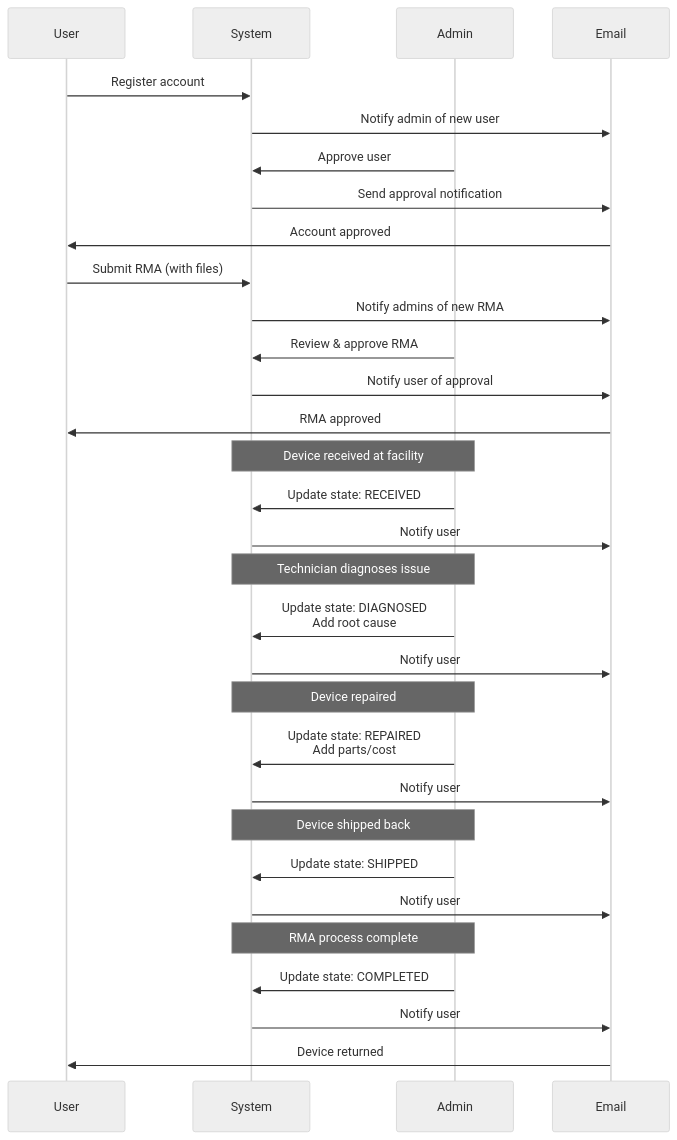
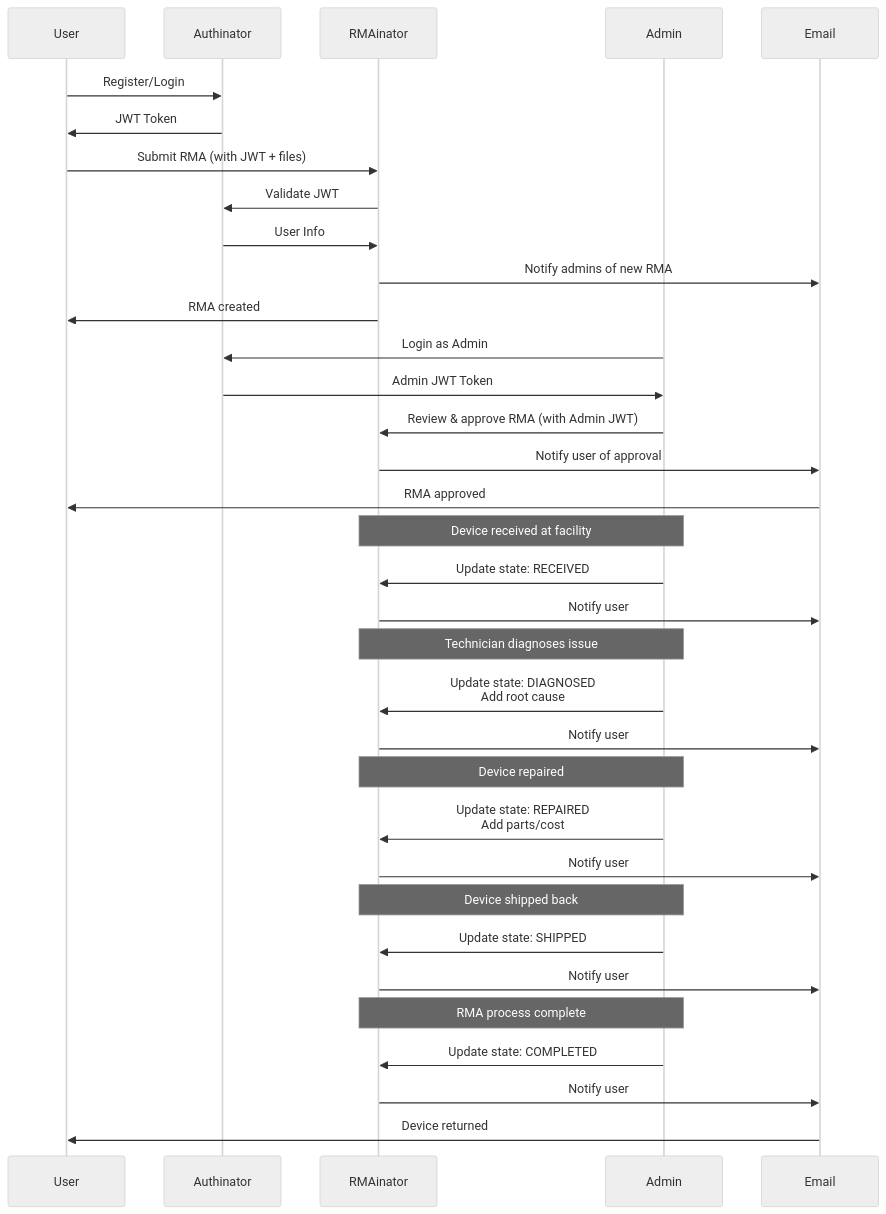
Before and after one commit to losomode/RMAinator: the second of 3 diagrams in README.md, drawn with Mermaid (neutral theme). The commit also changed other lines of this file and 1 other file, not shown here.

First line of the commit message:
Rewrite README and CHANGELOG for microservices architecture

````diff
--- a/README.md
+++ b/README.md
@@ -121,40 +123,44 @@
 ```mermaid
 sequenceDiagram
     participant User
-    participant System
+    participant Authinator
+    participant RMAinator
     participant Admin
     participant Email
     
-    User->>System: Register account
-    System->>Email: Notify admin of new user
-    Admin->>System: Approve user
-    System->>Email: Send approval notification
-    Email->>User: Account approved
+    User->>Authinator: Register/Login
+    Authinator->>User: JWT Token
     
-    User->>System: Submit RMA (with files)
-    System->>Email: Notify admins of new RMA
-    Admin->>System: Review & approve RMA
-    System->>Email: Notify user of approval
+    User->>RMAinator: Submit RMA (with JWT + files)
+    RMAinator->>Authinator: Validate JWT
+    Authinator->>RMAinator: User Info
+    RMAinator->>Email: Notify admins of new RMA
+    RMAinator->>User: RMA created
+    
+    Admin->>Authinator: Login as Admin
+    Authinator->>Admin: Admin JWT Token
+    Admin->>RMAinator: Review & approve RMA (with Admin JWT)
+    RMAinator->>Email: Notify user of approval
     Email->>User: RMA approved
     
-    Note over Admin,System: Device received at facility
-    Admin->>System: Update state: RECEIVED
-    System->>Email: Notify user
+    Note over Admin,RMAinator: Device received at facility
+    Admin->>RMAinator: Update state: RECEIVED
+    RMAinator->>Email: Notify user
     
-    Note over Admin,System: Technician diagnoses issue
-    Admin->>System: Update state: DIAGNOSED<br/>Add root cause
-    System->>Email: Notify user
+    Note over Admin,RMAinator: Technician diagnoses issue
+    Admin->>RMAinator: Update state: DIAGNOSED<br/>Add root cause
+    RMAinator->>Email: Notify user
     
-    Note over Admin,System: Device repaired
-    Admin->>System: Update state: REPAIRED<br/>Add parts/cost
-    System->>Email: Notify user
+    Note over Admin,RMAinator: Device repaired
+    Admin->>RMAinator: Update state: REPAIRED<br/>Add parts/cost
+    RMAinator->>Email: Notify user
     
-    Note over Admin,System: Device shipped back
-    Admin->>System: Update state: SHIPPED
-    System->>Email: Notify user
+    Note over Admin,RMAinator: Device shipped back
+    Admin->>RMAinator: Update state: SHIPPED
+    RMAinator->>Email: Notify user
     
-    Note over Admin,System: RMA process complete
-    Admin->>System: Update state: COMPLETED
-    System->>Email: Notify user
+    Note over Admin,RMAinator: RMA process complete
+    Admin->>RMAinator: Update state: COMPLETED
+    RMAinator->>Email: Notify user
     Email->>User: Device returned
 ```
````
